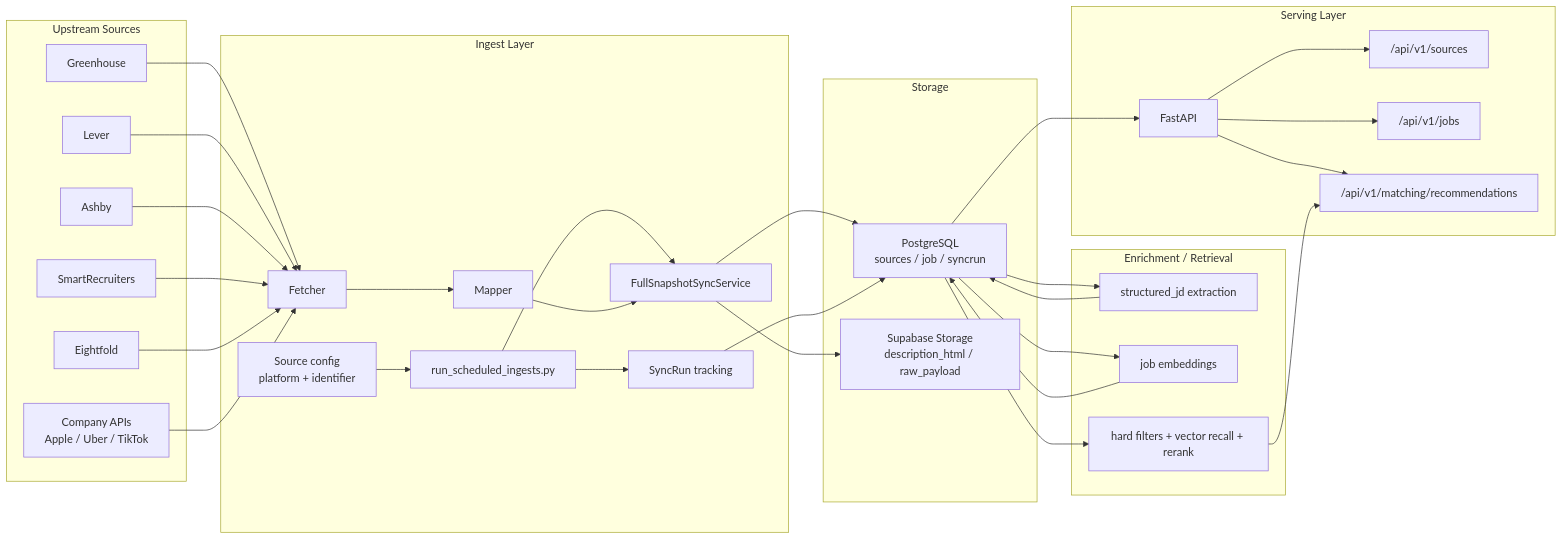
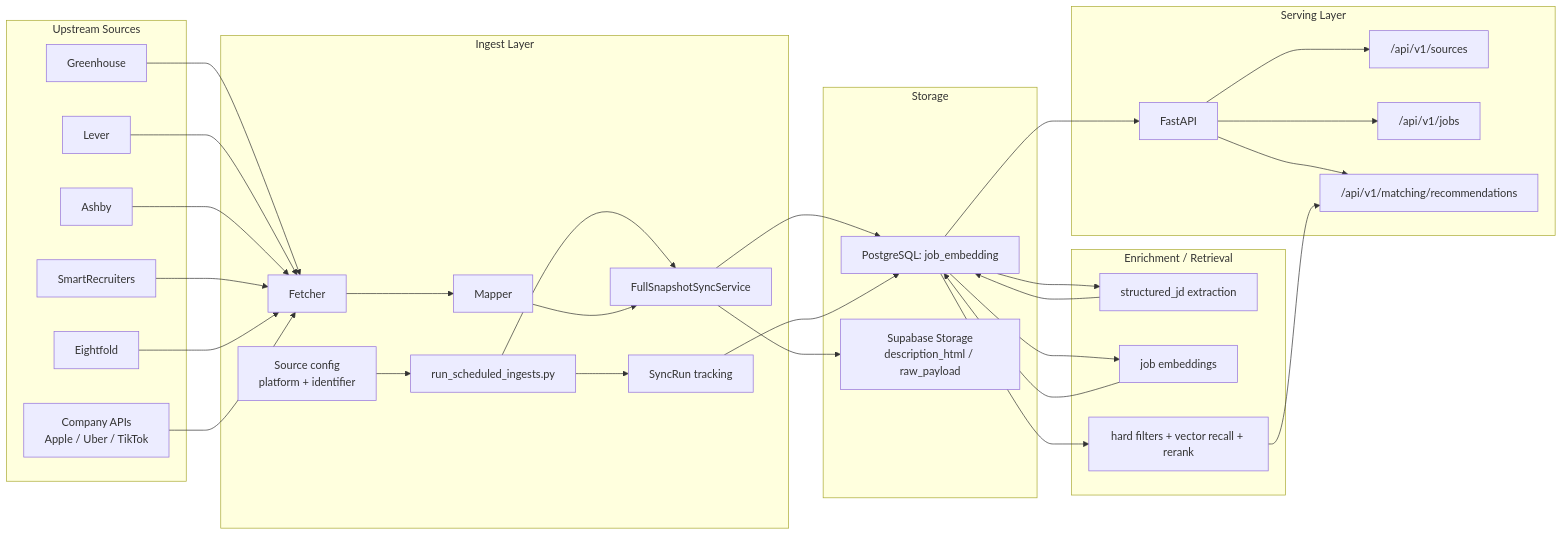
One commit to DengNaichen/job changed the first of 5 diagrams in docs/architecture/README.md. Above: the diagram before and after it, drawn with Mermaid. The commit also changed other lines of this file and 7 other files, not shown here.

Commit message:
feat(matching): cut over vector recall to job_embedding store

````diff
--- a/docs/architecture/README.md
+++ b/docs/architecture/README.md
@@ -17,66 +17,66 @@
 ```mermaid
 flowchart LR
     subgraph Upstream["Upstream Sources"]
         GH["Greenhouse"]
         LV["Lever"]
         AS["Ashby"]
         SR["SmartRecruiters"]
         EF["Eightfold"]
         CA["Company APIs<br/>Apple / Uber / TikTok"]
     end
 
     subgraph Ingest["Ingest Layer"]
         SRC["Source config<br/>platform + identifier"]
         F["Fetcher"]
         M["Mapper"]
         FS["FullSnapshotSyncService"]
         SRUN["SyncRun tracking"]
         RUNNER["run_scheduled_ingests.py"]
     end
 
     subgraph Storage["Storage"]
         PG["PostgreSQL<br/>sources / job / syncrun"]
         BLOB["Supabase Storage<br/>description_html / raw_payload"]
     end
 
     subgraph API["Serving Layer"]
         FAST["FastAPI"]
         SOURCES["/api/v1/sources"]
         JOBS["/api/v1/jobs"]
         MATCH["/api/v1/matching/recommendations"]
     end
 
     subgraph Enrichment["Enrichment / Retrieval"]
         JD["structured_jd extraction"]
         EMB["job embeddings"]
         RET["hard filters + vector recall + rerank"]
     end
 
     GH --> F
     LV --> F
     AS --> F
     SR --> F
     EF --> F
     CA --> F
 
     SRC --> RUNNER
     RUNNER --> SRUN
     RUNNER --> FS
     F --> M
     M --> FS
     FS --> PG
     FS --> BLOB
     SRUN --> PG
 
     PG --> FAST
     FAST --> SOURCES
     FAST --> JOBS
     FAST --> MATCH
 
     PG --> JD
     JD --> PG
     PG --> EMB
-    EMB --> PG
-    PG --> RET
+    EMB --> PG[PostgreSQL: job_embedding]
+    PG[PostgreSQL: job_embedding] --> RET
     RET --> MATCH
 ```
````
